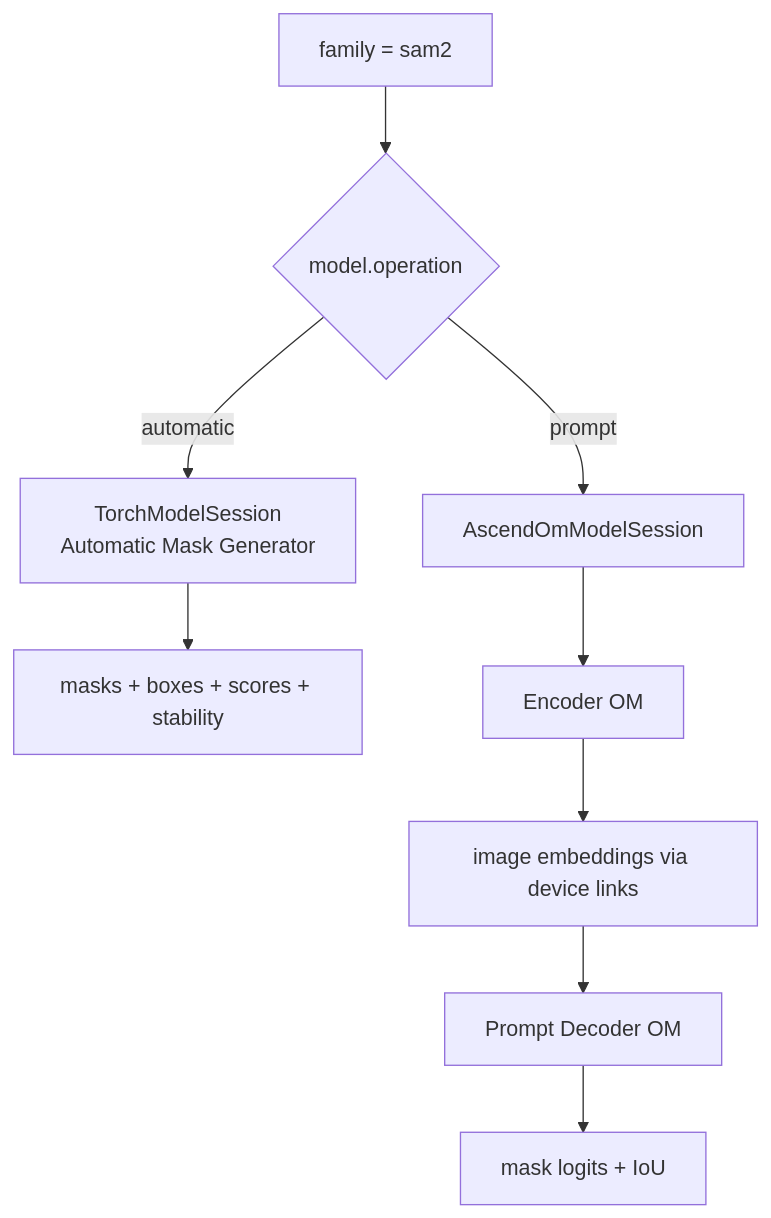
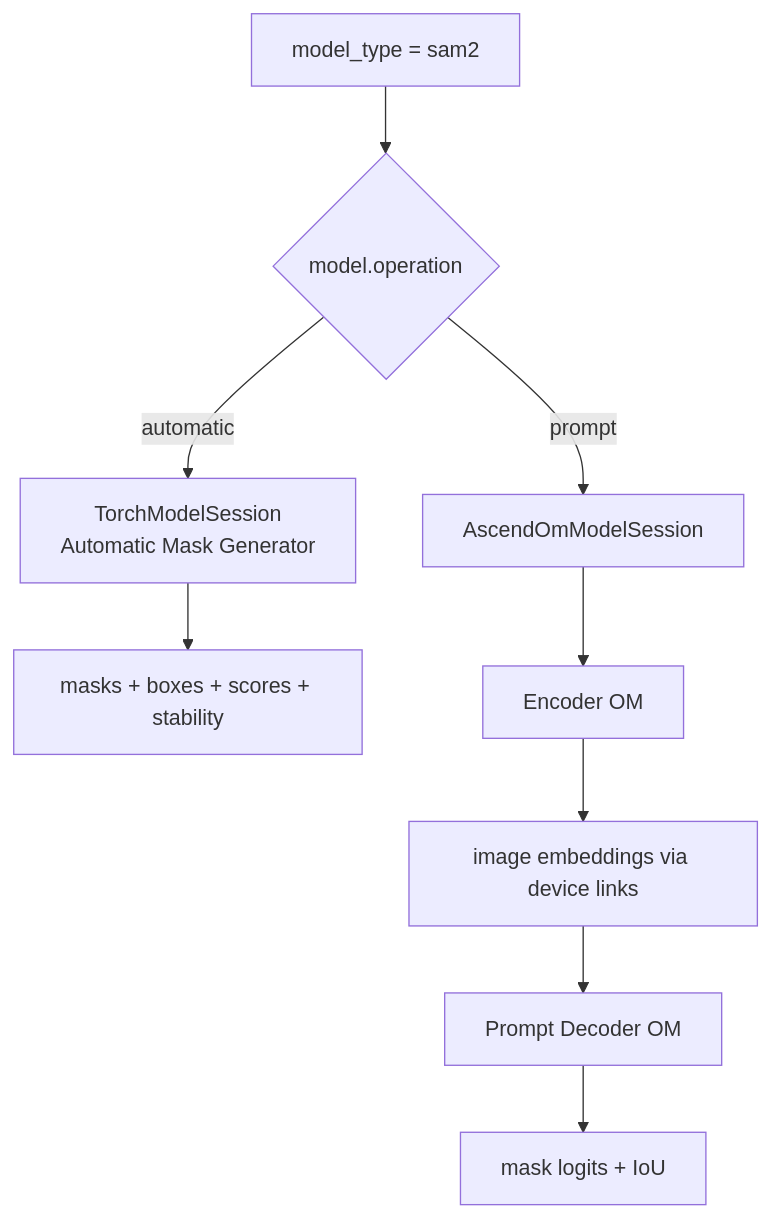
One commit to StoneStar-Aiknow/IB_Robot changed the fifth of 9 diagrams in docs/unify.md. Above: the diagram before and after it, drawn with Mermaid. The commit also changed other lines of this file and 204 other files, not shown here.

````diff
--- a/docs/unify.md
+++ b/docs/unify.md
@@ -305,11 +310,11 @@
 ```mermaid
 flowchart TB
-    FAMILY["family = sam2"] --> OP{"model.operation"}
+    FAMILY["model_type = sam2"] --> OP{"model.operation"}
     OP -->|"automatic"| TORCH["TorchModelSession<br/>Automatic Mask Generator"]
     TORCH --> AUTO_OUT["masks + boxes + scores + stability"]
     OP -->|"prompt"| ASCEND["AscendOmModelSession"]
     ASCEND --> ENCODER["Encoder OM"]
     ENCODER --> LINK["image embeddings via device links"]
     LINK --> DECODER["Prompt Decoder OM"]
     DECODER --> PROMPT_OUT["mask logits + IoU"]
 ```
````
